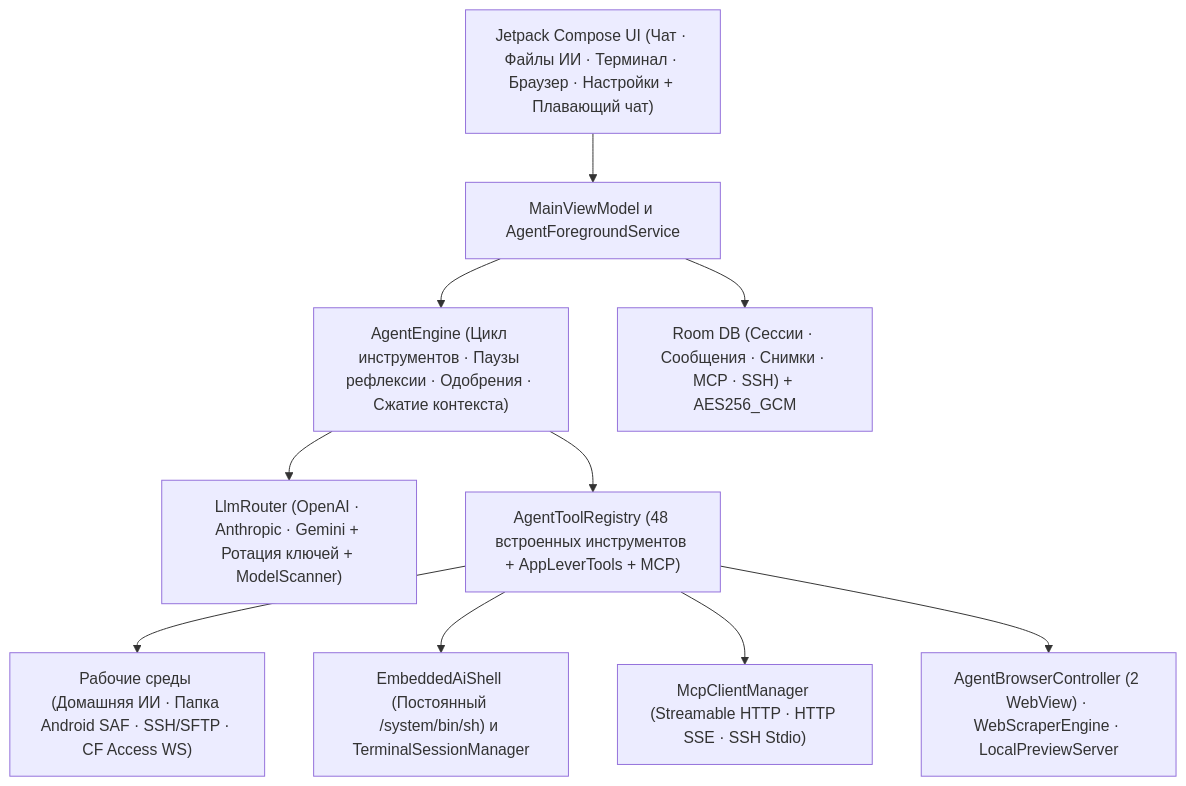
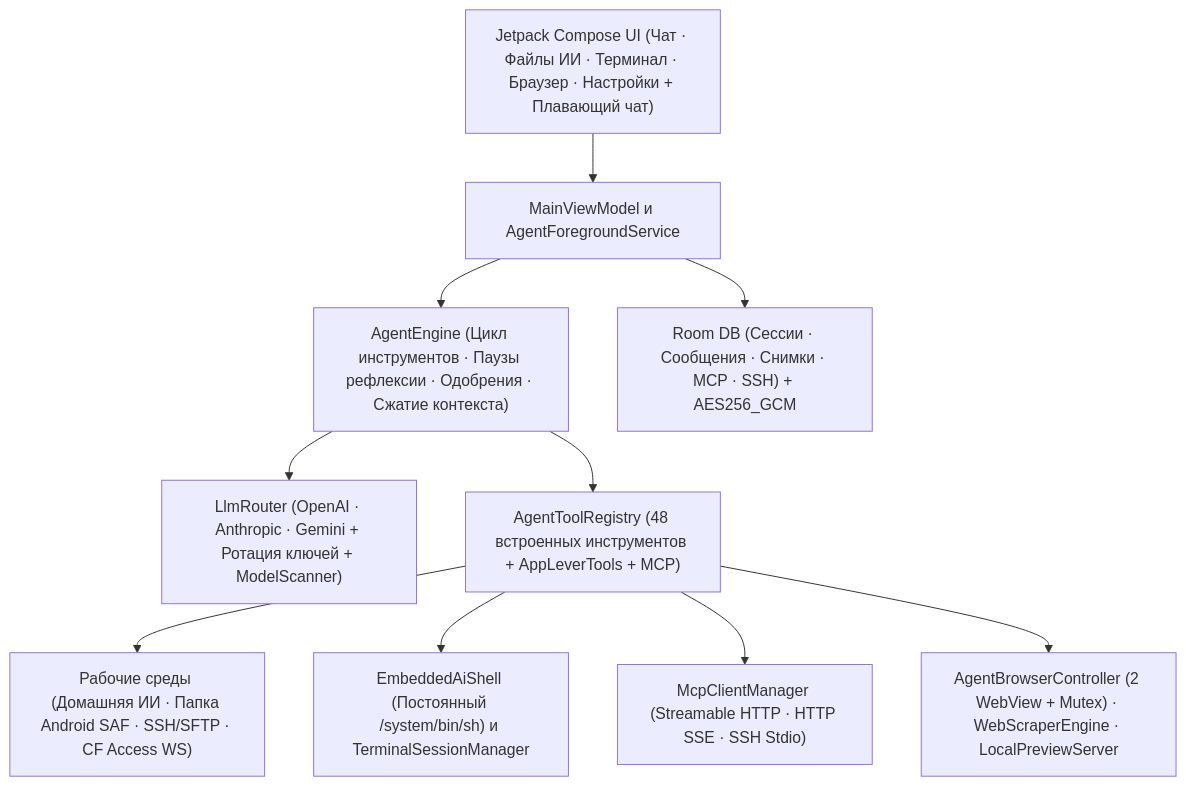
The diagram in README.ru.md (DIIIUA/ForgeMind), drawn with Mermaid before and after one commit. The commit also changed other lines of this file and 32 other files, not shown here.

Commit message:
Release v0.1.0-alpha: GPL-3.0 license, contextual setup guides, browser mutex, CI & showcase

````diff
--- a/README.ru.md
+++ b/README.ru.md
@@ -106,12 +119,12 @@
 ```mermaid
 flowchart TB
     UI["Jetpack Compose UI (Чат · Файлы ИИ · Терминал · Браузер · Настройки + Плавающий чат)"] --> VM["MainViewModel и AgentForegroundService"]
     VM --> AE["AgentEngine (Цикл инструментов · Паузы рефлексии · Одобрения · Сжатие контекста)"]
     AE --> LLM["LlmRouter (OpenAI · Anthropic · Gemini + Ротация ключей + ModelScanner)"]
     AE --> TOOLS["AgentToolRegistry (48 встроенных инструментов + AppLeverTools + MCP)"]
     TOOLS --> ENV["Рабочие среды (Домашняя ИИ · Папка Android SAF · SSH/SFTP · CF Access WS)"]
     TOOLS --> SHELL["EmbeddedAiShell (Постоянный /system/bin/sh) и TerminalSessionManager"]
     TOOLS --> MCP["McpClientManager (Streamable HTTP · HTTP SSE · SSH Stdio)"]
-    TOOLS --> WEB["AgentBrowserController (2 WebView) · WebScraperEngine · LocalPreviewServer"]
+    TOOLS --> WEB["AgentBrowserController (2 WebView + Mutex) · WebScraperEngine · LocalPreviewServer"]
     VM --> DB["Room DB (Сессии · Сообщения · Снимки · MCP · SSH) + AES256_GCM"]
 ```
````
